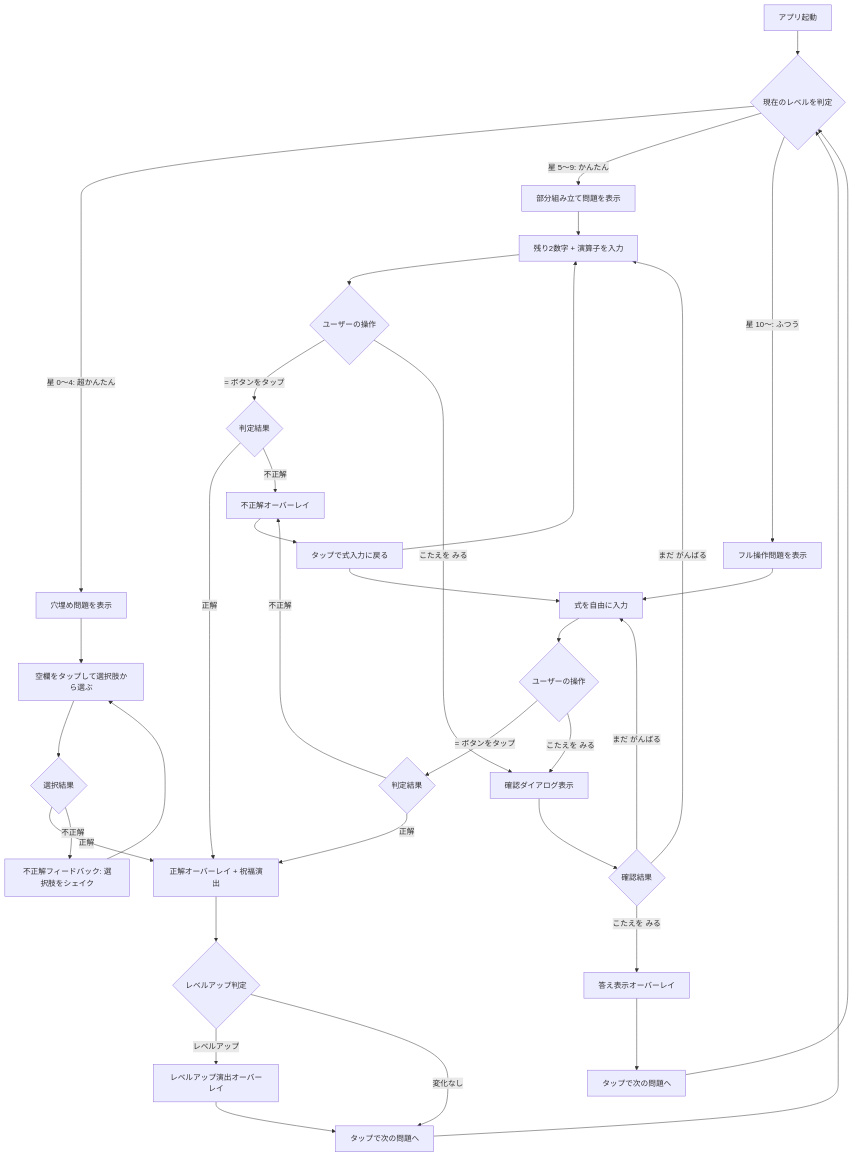
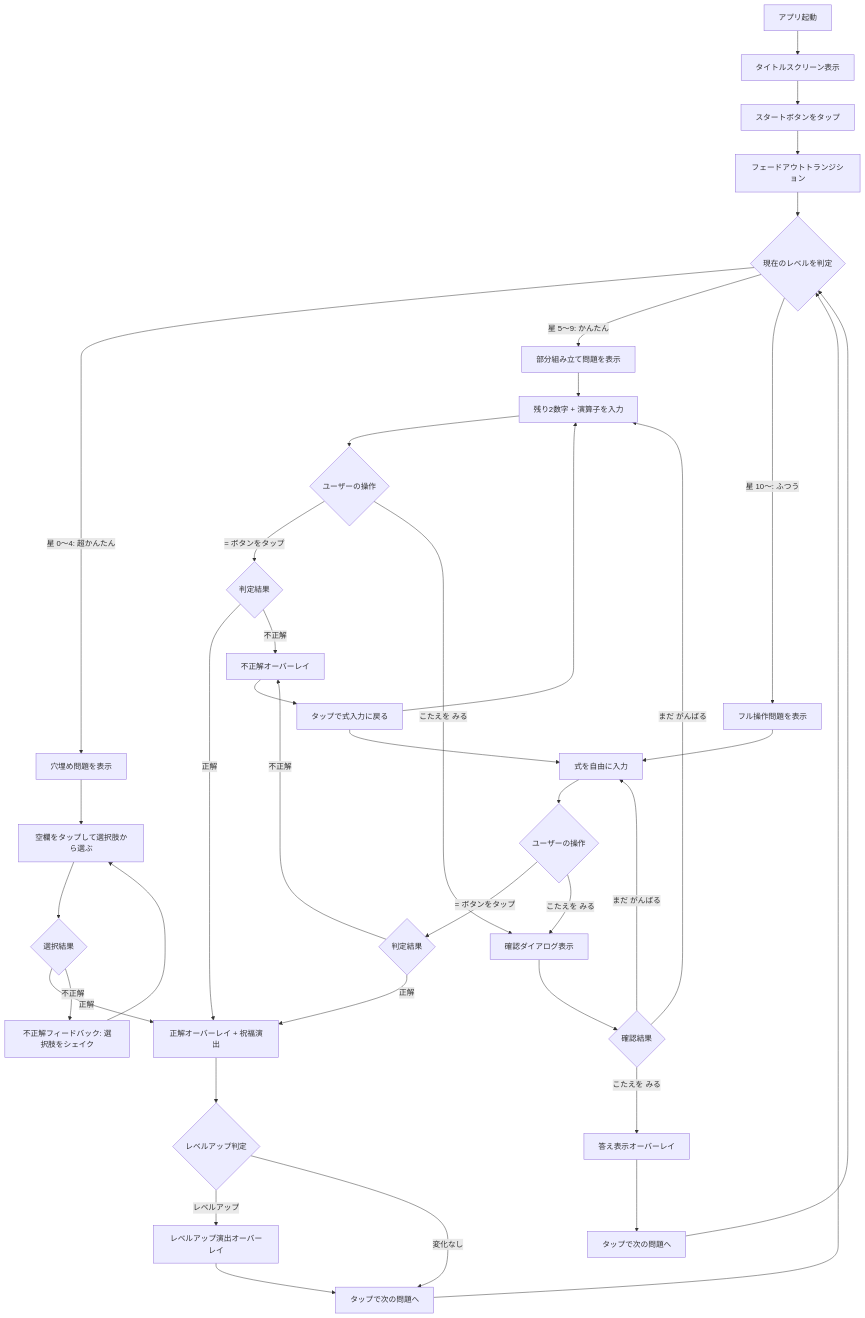
Before and after one commit to kaionn/make-10-pwa: the first of 9 diagrams in docs/plan/ux-design.md, drawn with Mermaid. The commit also changed other lines of this file and 2 other files, not shown here.

````diff
--- a/docs/plan/ux-design.md
+++ b/docs/plan/ux-design.md
@@ -51,44 +56,47 @@
 ```mermaid
 flowchart TD
-    A[アプリ起動] --> B{現在のレベルを判定}
+    A[アプリ起動] --> T[タイトルスクリーン表示]
+    T --> T1[スタートボタンをタップ]
+    T1 --> T2[フェードアウトトランジション]
+    T2 --> B{現在のレベルを判定}
     B -->|星 0〜4: 超かんたん| C1[穴埋め問題を表示]
     B -->|星 5〜9: かんたん| C2[部分組み立て問題を表示]
     B -->|星 10〜: ふつう| C3[フル操作問題を表示]
 
     C1 --> D1[空欄をタップして選択肢から選ぶ]
     D1 --> E1{選択結果}
     E1 -->|正解| F[正解オーバーレイ + 祝福演出]
     E1 -->|不正解| G1[不正解フィードバック: 選択肢をシェイク]
 
     C2 --> D2[残り2数字 + 演算子を入力]
     D2 --> E2{ユーザーの操作}
     E2 -->|= ボタンをタップ| E2a{判定結果}
     E2 -->|こたえを みる| K[確認ダイアログ表示]
     E2a -->|正解| F
     E2a -->|不正解| G[不正解オーバーレイ]
 
     C3 --> D3[式を自由に入力]
     D3 --> E3{ユーザーの操作}
     E3 -->|= ボタンをタップ| E3a{判定結果}
     E3 -->|こたえを みる| K
     E3a -->|正解| F
     E3a -->|不正解| G
 
     F --> H{レベルアップ判定}
     H -->|レベルアップ| I[レベルアップ演出オーバーレイ]
     H -->|変化なし| J[タップで次の問題へ]
     I --> J
     J --> B
 
     G --> G2[タップで式入力に戻る]
     G1 --> D1
     G2 --> D2
     G2 --> D3
 
     K --> L{確認結果}
     L -->|こたえを みる| M[答え表示オーバーレイ]
     L -->|まだ がんばる| D2
     L -->|まだ がんばる| D3
     M --> N[タップで次の問題へ]
     N --> B
 ```
````
